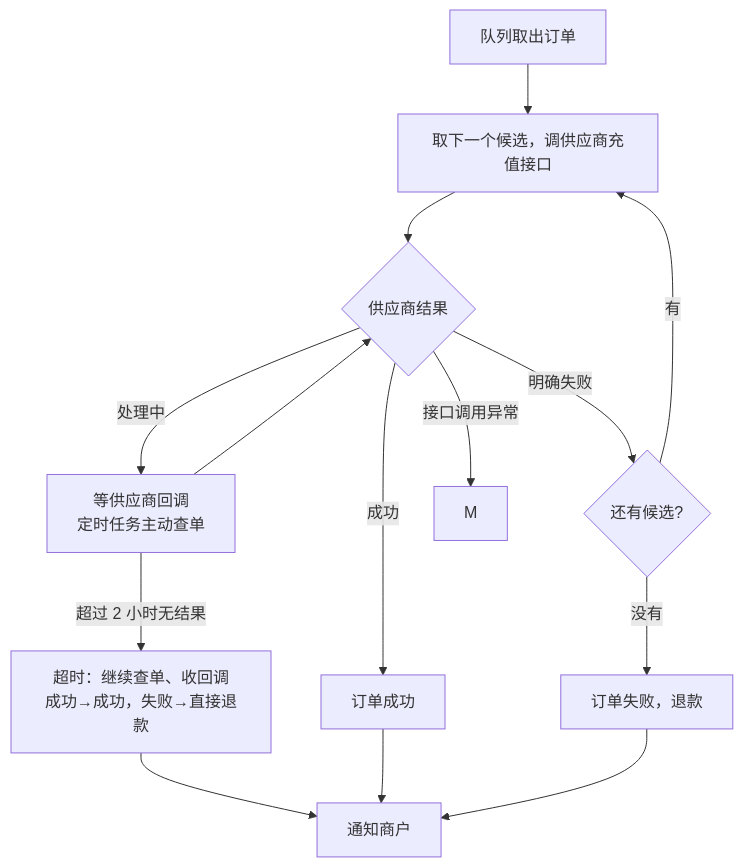
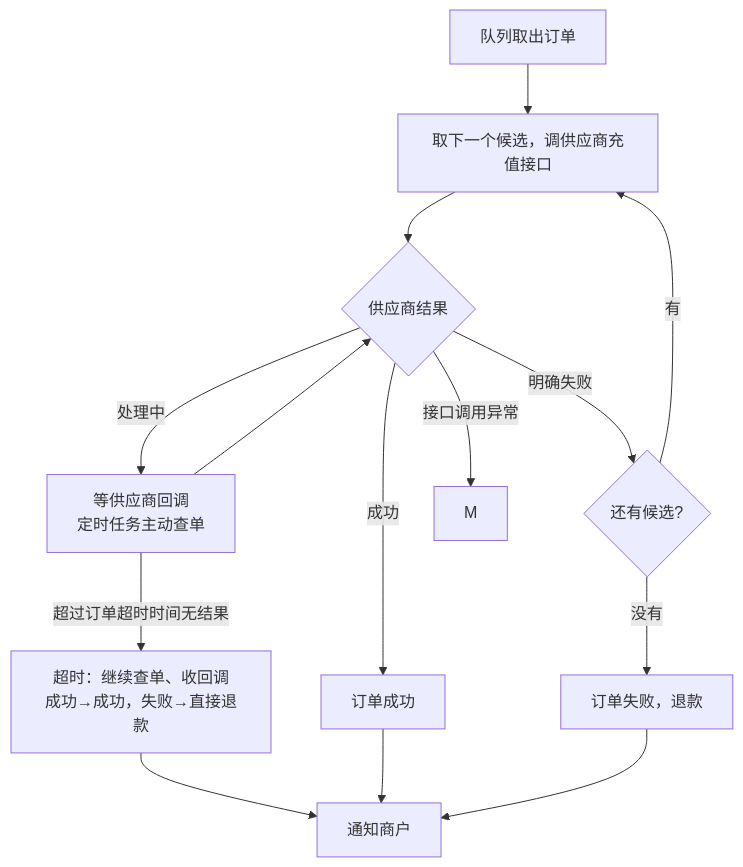
One commit to tankmask0924-ops/phoneBill changed the third of 7 diagrams in docs/project.md. Above: the diagram before and after it, drawn with Mermaid. The commit also changed other lines of this file and 8 other files, not shown here.

````diff
--- a/docs/project.md
+++ b/docs/project.md
@@ -142,16 +142,16 @@
 ```mermaid
 flowchart TD
     Q[队列取出订单] --> H[取下一个候选，调供应商充值接口]
     H --> I{供应商结果}
     I -- 成功 --> S[订单成功]
     I -- 明确失败 --> J{还有候选?}
     J -- 有 --> H
     J -- 没有 --> R[订单失败，退款]
     I -- 处理中 --> K["等供应商回调<br/>定时任务主动查单"]
     I -- 接口调用异常 --> M
     K --> I
-    K -- 超过 2 小时无结果 --> T["超时：继续查单、收回调<br/>成功→成功，失败→直接退款"]
+    K -- 超过订单超时时间无结果 --> T["超时：继续查单、收回调<br/>成功→成功，失败→直接退款"]
     T --> N
     S --> N[通知商户]
     R --> N
 ```
````
